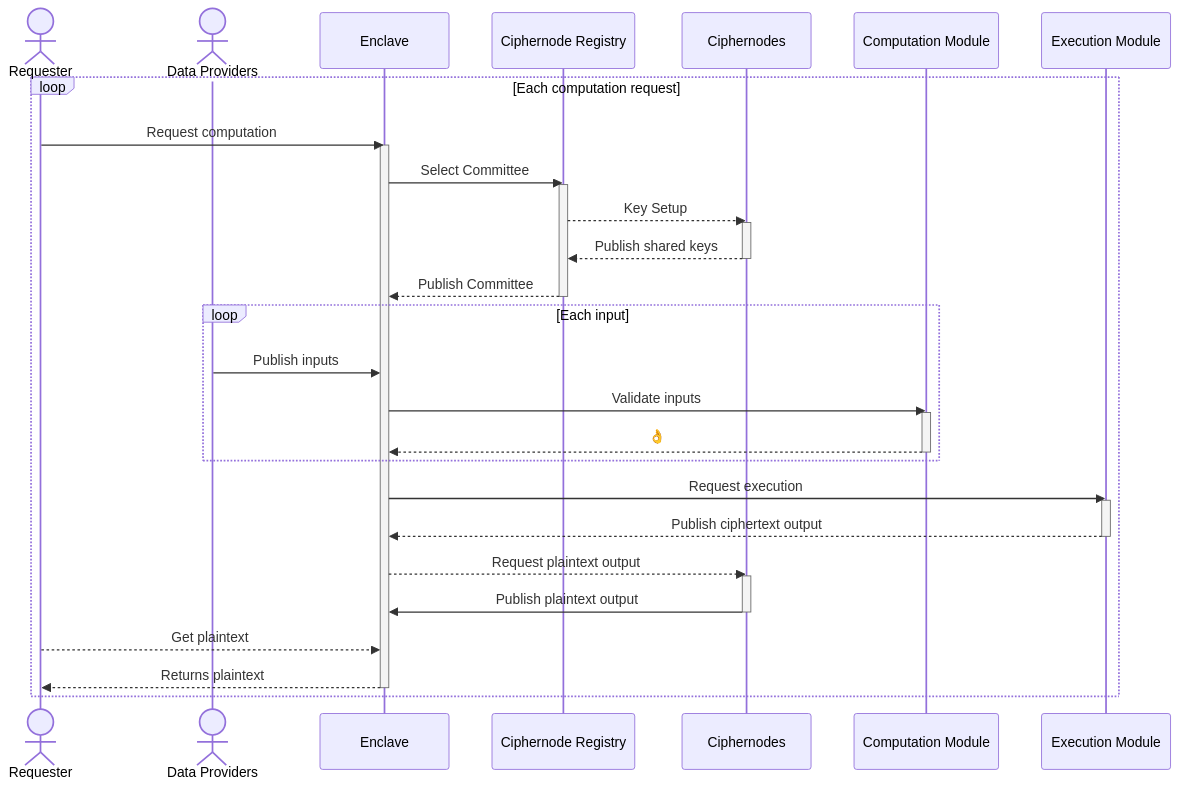
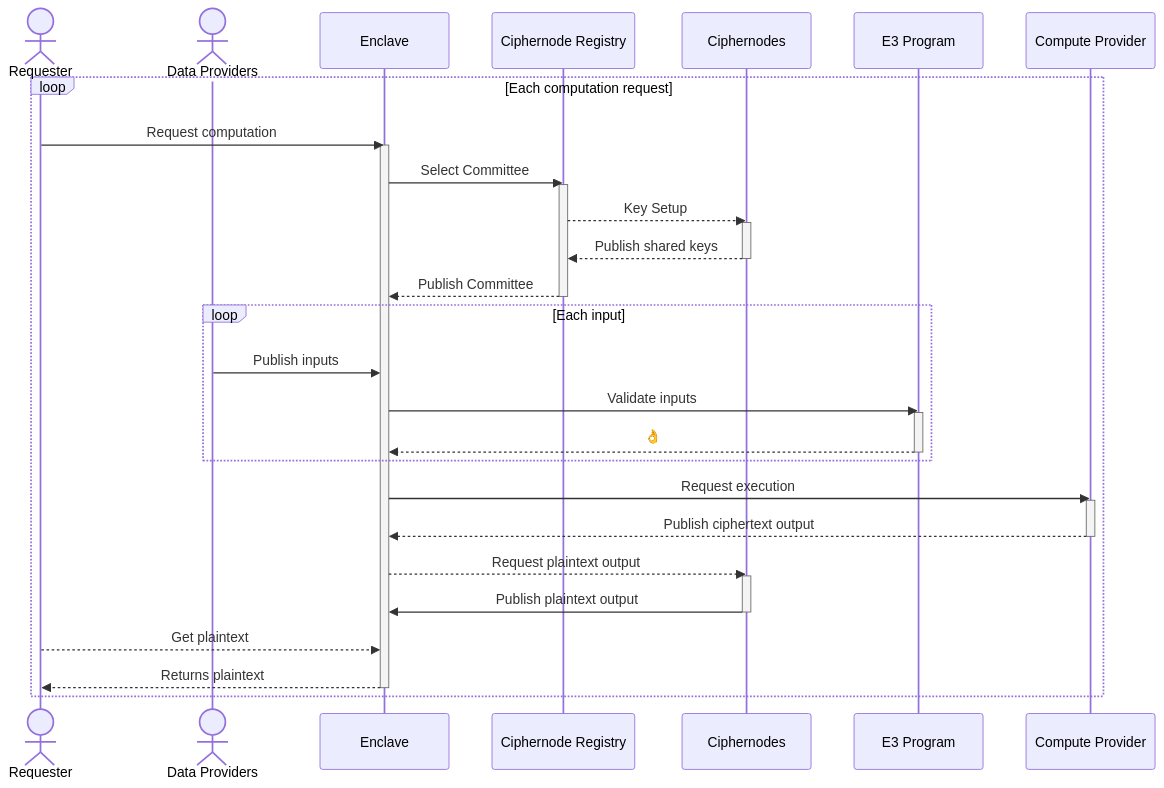
The first of 3 diagrams in README.md (gnosisguild/enclave), drawn with Mermaid before and after one commit. The commit also changed other lines of this file and 20 other files, not shown here.

````diff
--- a/README.md
+++ b/README.md
@@ -18,46 +18,46 @@
 ```mermaid
 sequenceDiagram
     actor Requester
     actor Data Providers
     participant Enclave
     participant Ciphernode Registry
     participant Ciphernodes
-    participant Computation Module
-    participant Execution Module
+    participant E3 Program
+    participant Compute Provider
 
     loop Each computation request
         Requester ->> Enclave: Request computation
         activate Enclave
             Enclave ->> Ciphernode Registry: Select Committee
             activate Ciphernode Registry
                 Ciphernode Registry -->> Ciphernodes: Key Setup
                 activate Ciphernodes
                     Ciphernodes -->> Ciphernode Registry: Publish shared keys
                 deactivate Ciphernodes
                 Ciphernode Registry -->> Enclave: Publish Committee
             deactivate Ciphernode Registry
 
             loop Each input
                 Data Providers ->> Enclave: Publish inputs
-                Enclave ->> Computation Module: Validate inputs
-                activate Computation Module
-                    Computation Module -->> Enclave: 👌
-                deactivate Computation Module
+                Enclave ->> E3 Program: Validate inputs
+                activate E3 Program
+                    E3 Program -->> Enclave: 👌
+                deactivate E3 Program
             end
 
-            Enclave ->> Execution Module: Request execution
-            activate Execution Module
-            Execution Module -->> Enclave: Publish ciphertext output
-            deactivate Execution Module
+            Enclave ->> Compute Provider: Request execution
+            activate Compute Provider
+            Compute Provider -->> Enclave: Publish ciphertext output
+            deactivate Compute Provider
 
             Enclave -->> Ciphernodes: Request plaintext output
             activate Ciphernodes
                 Ciphernodes ->> Enclave: Publish plaintext output
             deactivate Ciphernodes
 
             Requester -->> Enclave: Get plaintext
             Enclave -->> Requester: Returns plaintext
         deactivate Enclave
     end
 
 ```
````
